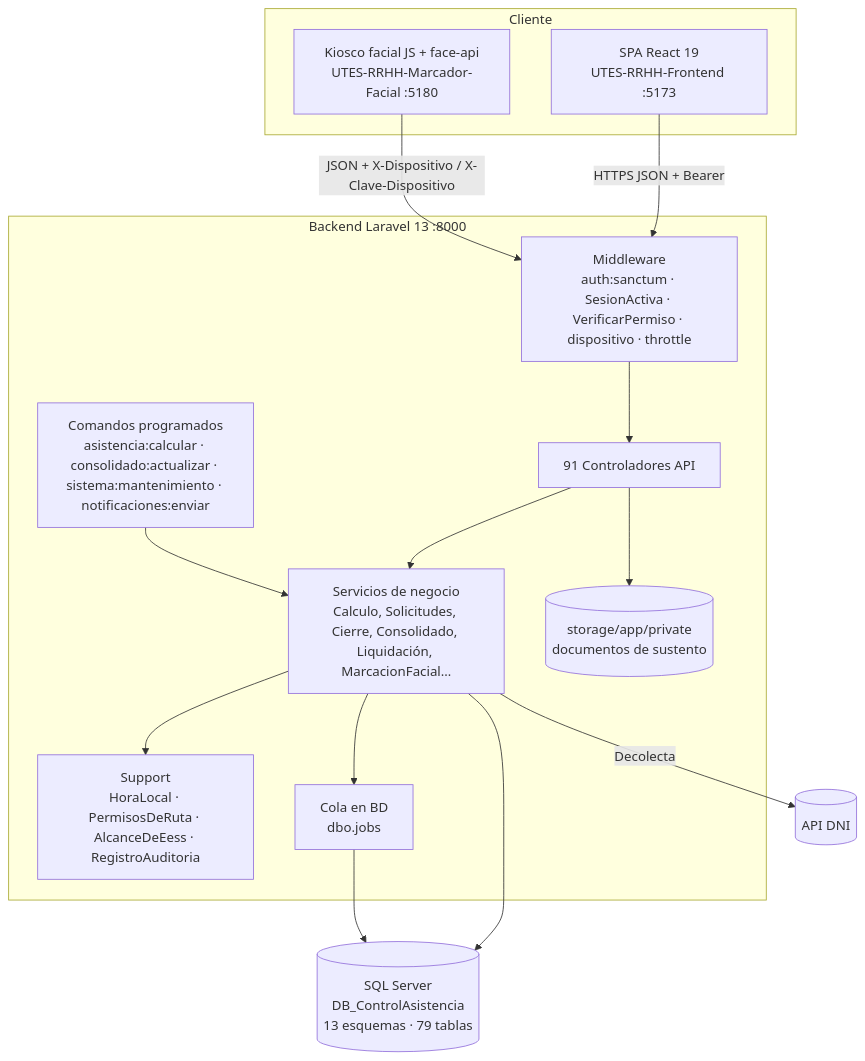
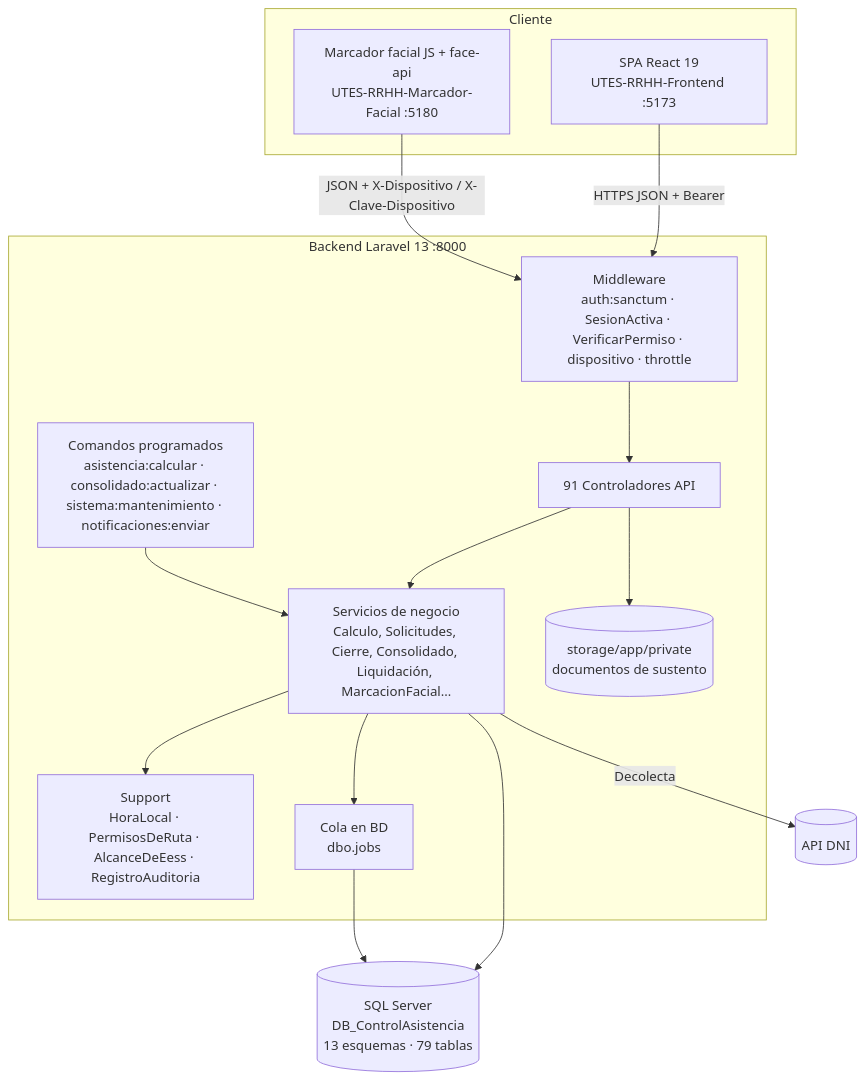
The fourth of 6 diagrams in docs/ESTADO_SISTEMA.md (httpsfranz/UTES-RRHH-Backend), drawn with Mermaid before and after one commit. The commit also changed other lines of this file and 125 other files, not shown here.

````diff
--- a/docs/ESTADO_SISTEMA.md
+++ b/docs/ESTADO_SISTEMA.md
@@ -372,25 +372,25 @@
 ```mermaid
 flowchart TB
     subgraph Cliente
         FE[SPA React 19<br/>UTES-RRHH-Frontend :5173]
-        KF[Kiosco facial JS + face-api<br/>UTES-RRHH-Marcador-Facial :5180]
+        KF[Marcador facial JS + face-api<br/>UTES-RRHH-Marcador-Facial :5180]
     end
     subgraph API[Backend Laravel 13 :8000]
         MW[Middleware<br/>auth:sanctum · SesionActiva · VerificarPermiso · dispositivo · throttle]
         CT[91 Controladores API]
         SV[Servicios de negocio<br/>Calculo, Solicitudes, Cierre, Consolidado, Liquidación, MarcacionFacial…]
         SP[Support<br/>HoraLocal · PermisosDeRuta · AlcanceDeEess · RegistroAuditoria]
         CMD[Comandos programados<br/>asistencia:calcular · consolidado:actualizar · sistema:mantenimiento · notificaciones:enviar]
         Q[Cola en BD<br/>dbo.jobs]
         FS[(storage/app/private<br/>documentos de sustento)]
     end
     DB[(SQL Server<br/>DB_ControlAsistencia<br/>13 esquemas · 79 tablas)]
     FE -- HTTPS JSON + Bearer --> MW
     KF -- JSON + X-Dispositivo / X-Clave-Dispositivo --> MW
     MW --> CT --> SV --> DB
     SV --> SP
     CMD --> SV
     SV --> Q --> DB
     CT --> FS
     SV -- Decolecta --> EXT[(API DNI)]
 ```
````
